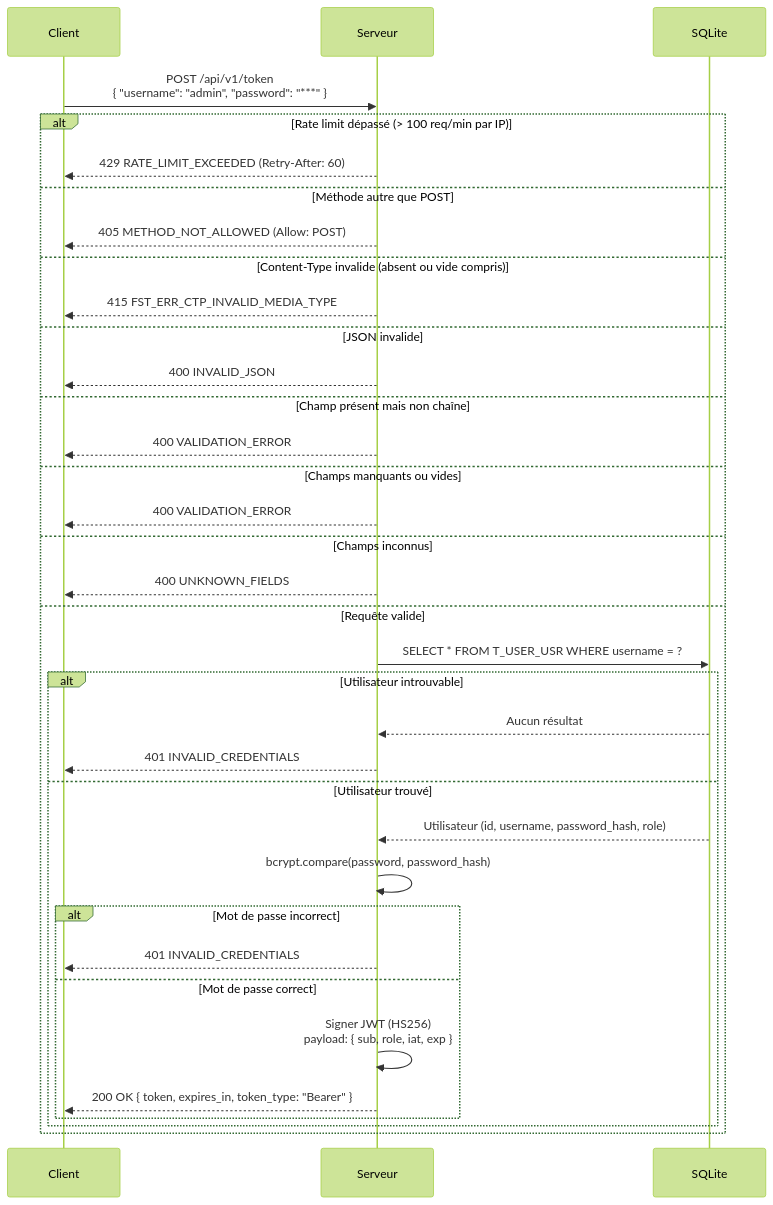
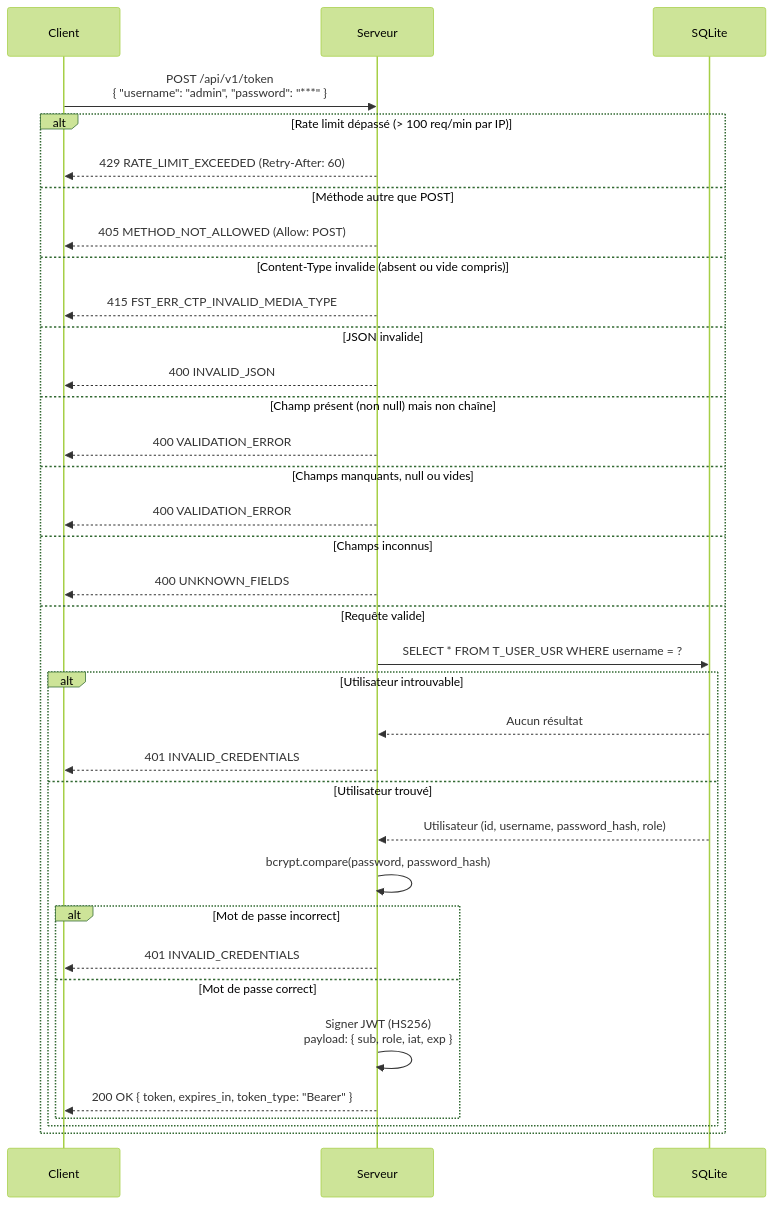
Before and after one commit to ODehel/quiz-live-server: the diagram in docs/specs/diagrams/US-003-authentication-token-sequence.mmd, drawn with Mermaid. The commit also changed 8 other files, not shown here.

```diff
--- a/docs/specs/diagrams/US-003-authentication-token-sequence.mmd
+++ b/docs/specs/diagrams/US-003-authentication-token-sequence.mmd
@@ -1,38 +1,38 @@
 %%{init: {"theme": "forest"}}%%
 sequenceDiagram
     participant C as Client
     participant S as Serveur
     participant DB as SQLite
 
     C->>S: POST /api/v1/token<br/>{ "username": "admin", "password": "***" }
 
     alt Rate limit dépassé (> 100 req/min par IP)
         S-->>C: 429 RATE_LIMIT_EXCEEDED (Retry-After: 60)
     else Méthode autre que POST
         S-->>C: 405 METHOD_NOT_ALLOWED (Allow: POST)
     else Content-Type invalide (absent ou vide compris)
         S-->>C: 415 FST_ERR_CTP_INVALID_MEDIA_TYPE
     else JSON invalide
         S-->>C: 400 INVALID_JSON
-    else Champ présent mais non chaîne
+    else Champ présent (non null) mais non chaîne
         S-->>C: 400 VALIDATION_ERROR
-    else Champs manquants ou vides
+    else Champs manquants, null ou vides
         S-->>C: 400 VALIDATION_ERROR
     else Champs inconnus
         S-->>C: 400 UNKNOWN_FIELDS
     else Requête valide
         S->>DB: SELECT * FROM T_USER_USR WHERE username = ?
         alt Utilisateur introuvable
             DB-->>S: Aucun résultat
             S-->>C: 401 INVALID_CREDENTIALS
         else Utilisateur trouvé
             DB-->>S: Utilisateur (id, username, password_hash, role)
             S->>S: bcrypt.compare(password, password_hash)
             alt Mot de passe incorrect
                 S-->>C: 401 INVALID_CREDENTIALS
             else Mot de passe correct
                 S->>S: Signer JWT (HS256)<br/>payload: { sub, role, iat, exp }
                 S-->>C: 200 OK { token, expires_in, token_type: "Bearer" }
             end
         end
     end
```
